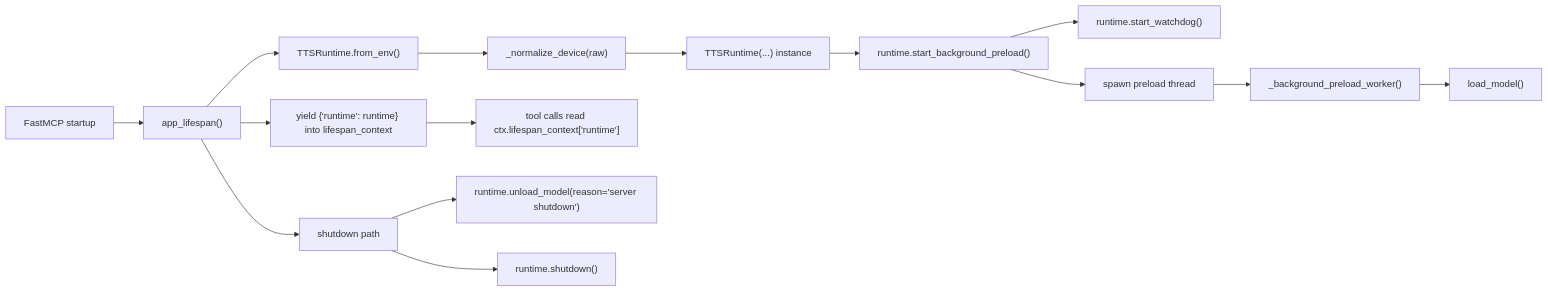
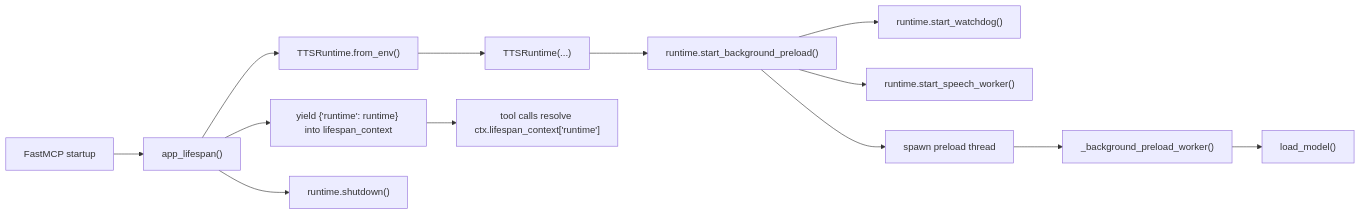
Before and after one commit to gaelic-ghost/speak-to-user: the first of 6 diagrams in WORKFLOWS.md, drawn with Mermaid. The commit also changed other lines of this file and 9 other files, not shown here.

Commit message:
Simplify speech pipeline and stdio flow

````diff
--- a/WORKFLOWS.md
+++ b/WORKFLOWS.md
@@ -14,17 +7,15 @@
 ```mermaid
 flowchart LR
     A["FastMCP startup"] --> B["app_lifespan()"]
     B --> C["TTSRuntime.from_env()"]
-    C --> D["_normalize_device(raw)"]
-    D --> E["TTSRuntime(...) instance"]
-    E --> F["runtime.start_background_preload()"]
-    F --> G["runtime.start_watchdog()"]
-    F --> H["spawn preload thread"]
+    C --> D["TTSRuntime(...)"]
+    D --> E["runtime.start_background_preload()"]
+    E --> F["runtime.start_watchdog()"]
+    E --> G["runtime.start_speech_worker()"]
+    E --> H["spawn preload thread"]
     H --> I["_background_preload_worker()"]
     I --> J["load_model()"]
     B --> K["yield {'runtime': runtime} into lifespan_context"]
-    K --> L["tool calls read ctx.lifespan_context['runtime']"]
-    B --> M["shutdown path"]
-    M --> N["runtime.unload_model(reason='server shutdown')"]
-    M --> O["runtime.shutdown()"]
+    K --> L["tool calls resolve ctx.lifespan_context['runtime']"]
+    B --> M["runtime.shutdown()"]
 ```
````
